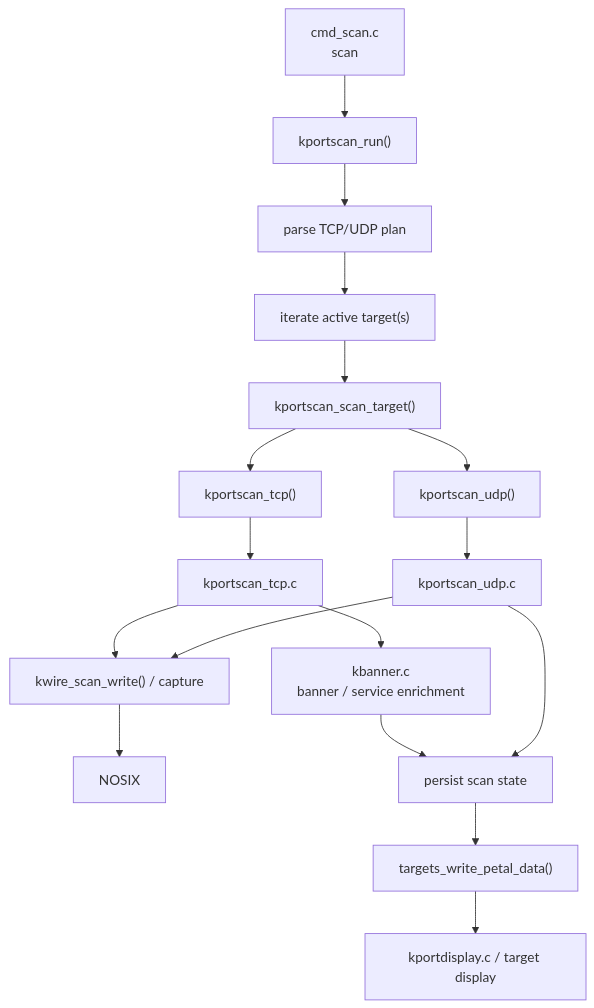
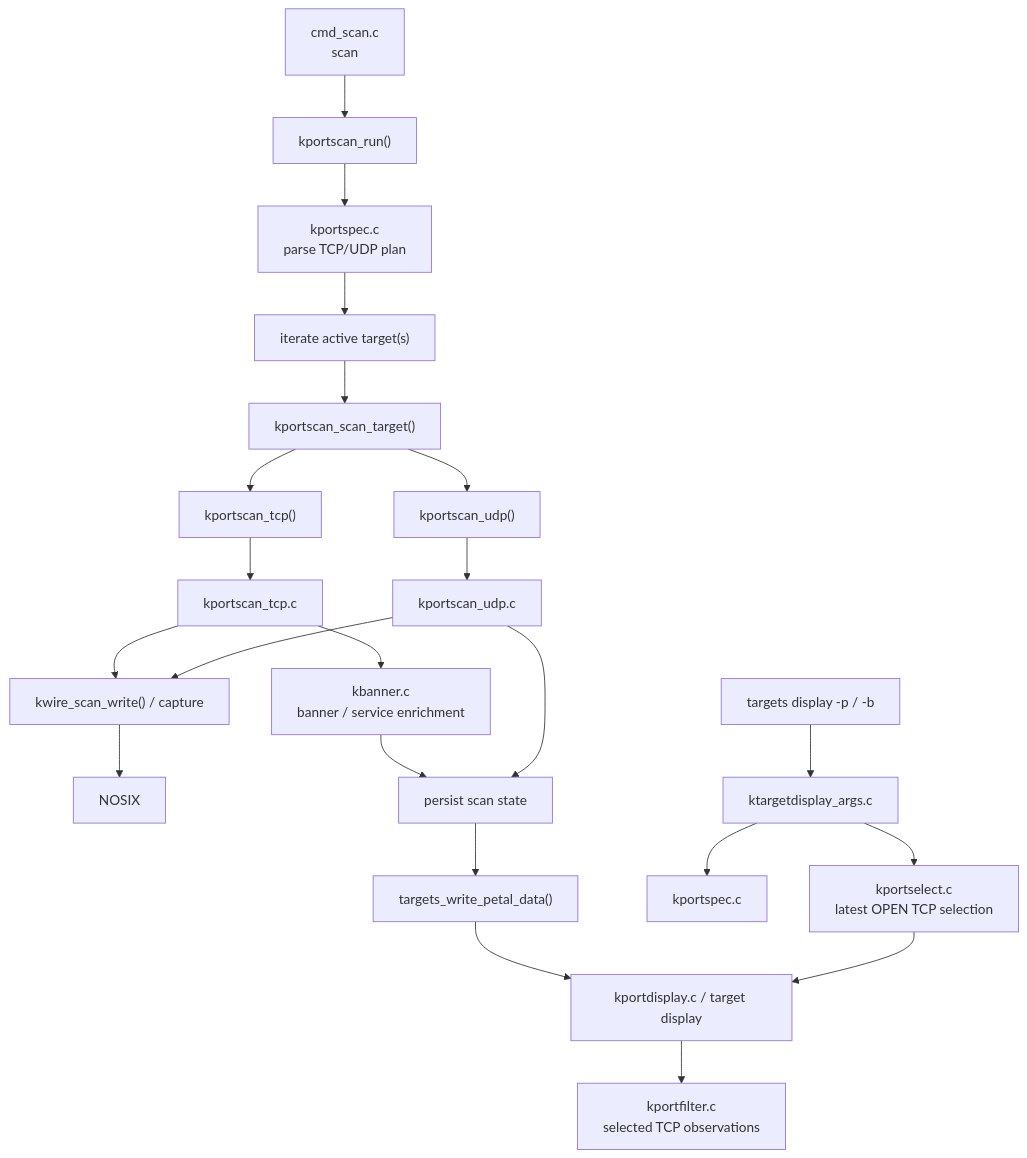
The sixth of 12 diagrams in docs/LINK_GRAPH.md (DFH-Software-Projects/kaminowaku), drawn with Mermaid before and after one commit. The commit also changed other lines of this file and 2 other files, not shown here.

Commit message:
Patch 2 Phase 6: document project display port-range filtering

````diff
--- a/docs/LINK_GRAPH.md
+++ b/docs/LINK_GRAPH.md
@@ -271,24 +271,29 @@
 ```mermaid
 flowchart TD
     A["cmd_scan.c<br/>scan"] --> B["kportscan_run()"]
-    B --> C["parse TCP/UDP plan"]
+    B --> C["kportspec.c<br/>parse TCP/UDP plan"]
     C --> D["iterate active target(s)"]
     D --> E["kportscan_scan_target()"]
 
     E --> F["kportscan_tcp()"]
     E --> G["kportscan_udp()"]
 
     F --> H["kportscan_tcp.c"]
     G --> I["kportscan_udp.c"]
 
     H --> J["kwire_scan_write() / capture"]
     I --> J
     J --> K["NOSIX"]
 
     H --> L["kbanner.c<br/>banner / service enrichment"]
     L --> M["persist scan state"]
     I --> M
 
     M --> N["targets_write_petal_data()"]
     N --> O["kportdisplay.c / target display"]
+    P["targets display -p / -b"] --> Q["ktargetdisplay_args.c"]
+    Q --> R["kportspec.c"]
+    Q --> S["kportselect.c<br/>latest OPEN TCP selection"]
+    S --> O
+    O --> T["kportfilter.c<br/>selected TCP observations"]
 ```
````
